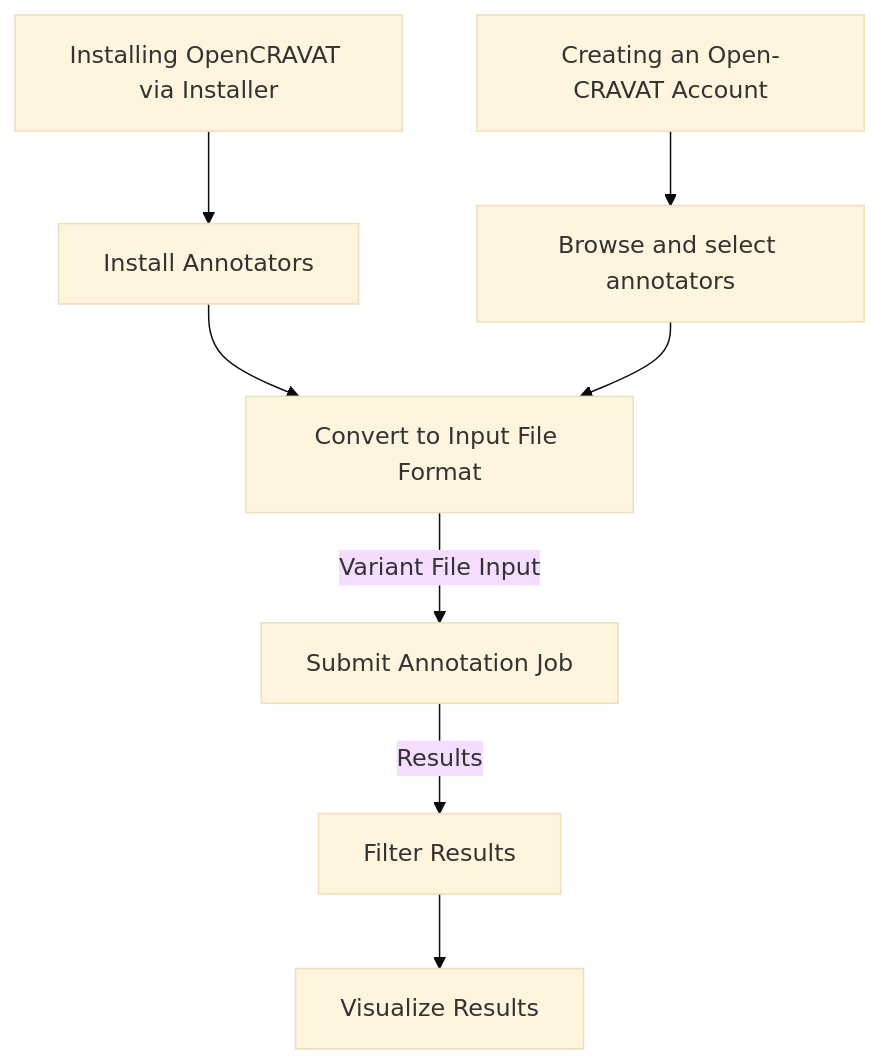
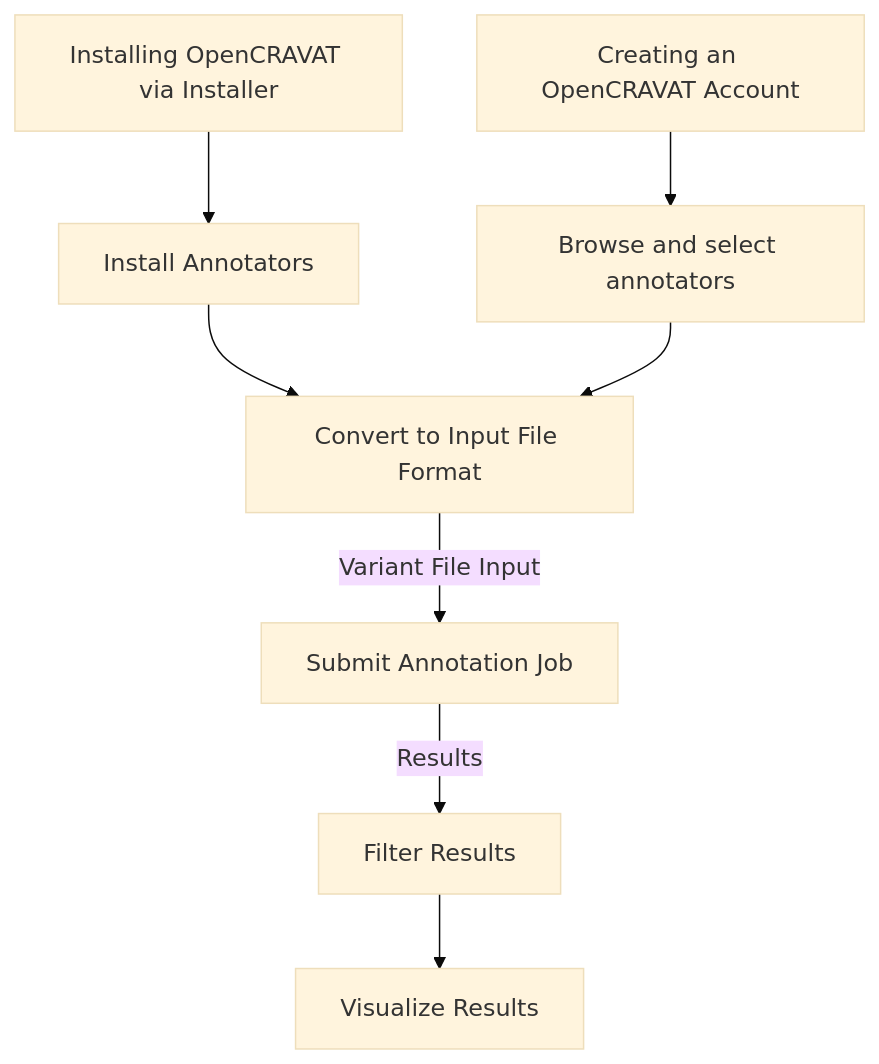
Before and after one commit to KarchinLab/oc_vignettes: the diagram in getting_started_web.qmd, drawn with Mermaid (base theme). The commit also changed other lines of this file and 3 other files, not shown here.

````diff
--- a/getting_started_web.qmd
+++ b/getting_started_web.qmd
@@ -44,17 +44,17 @@
 ```{mermaid}
 flowchart TD
-    L[Creating an Open-CRAVAT Account] --> A
+    L[Creating an OpenCRAVAT Account] --> A
     click L "#creating-an-opencravat-account-web"
     M[Installing OpenCRAVAT via Installer] --> N
     N["Install Annotators"] --> B
     click M "#installing-opencravat-via-installer-local"
     click N "#install-annotators-local"
     A[Browse and select annotators] --> B[Convert to Input File Format]
     click A "#browse-annotators-web"
     click B "#convert-to-input-file-format"
     B -->|Variant File Input| C[Submit Annotation Job]
     click C "#submit-annotation-job"
     C -->|Results|D["Filter Results"] --> E[Visualize Results]
     click D "#filter-results"
     click E "#visualize-results"
 ```
````
